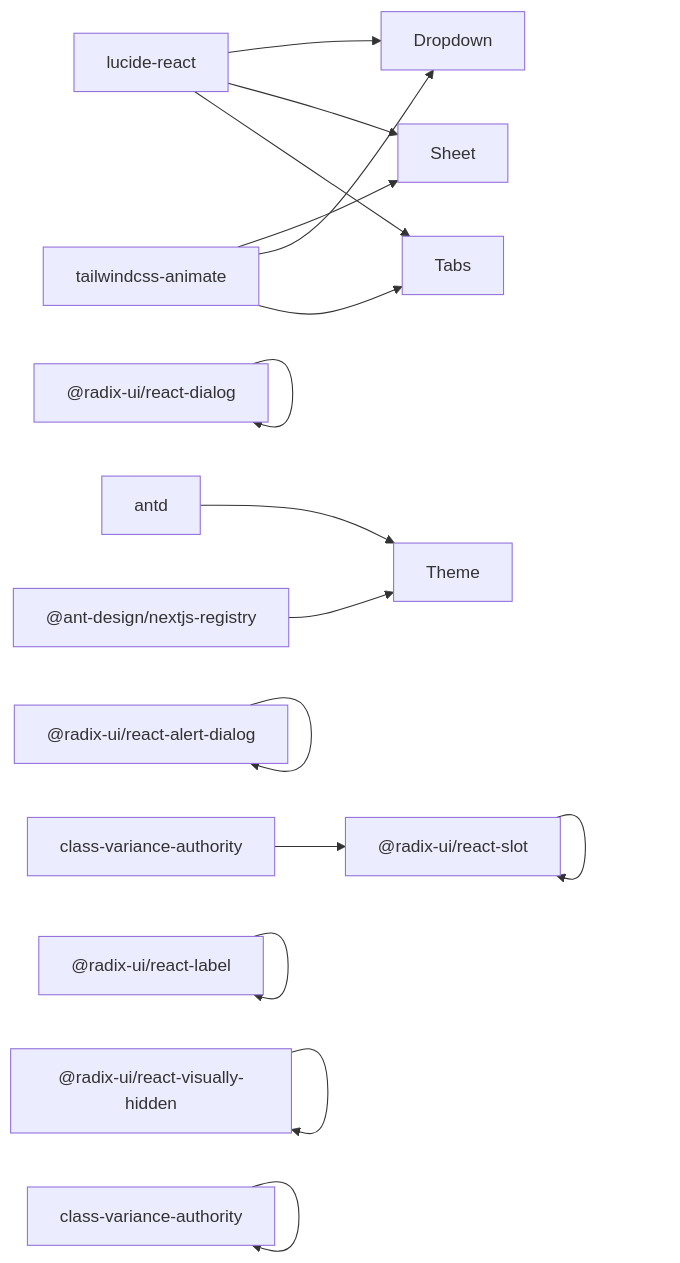
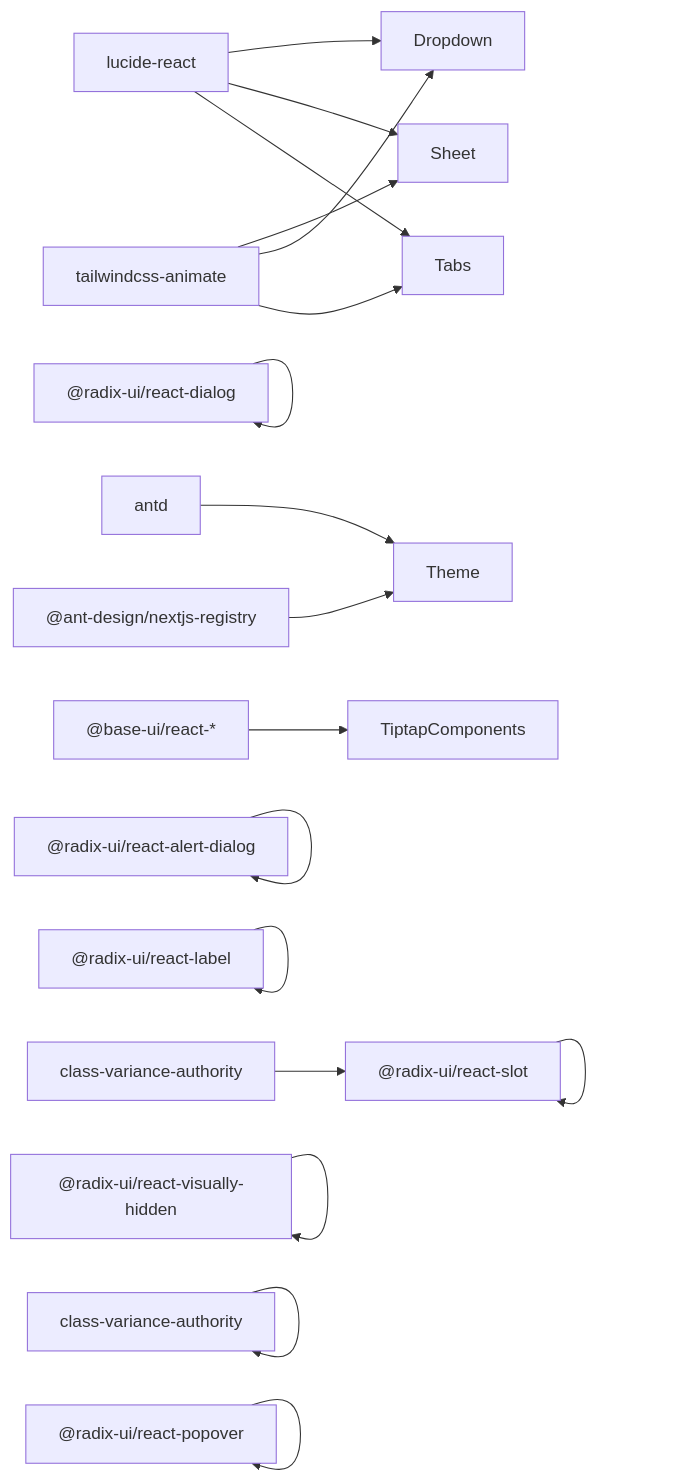
Before and after one commit to KunLabAI/KunFlix: the fifth of 5 diagrams in .qoder/repowiki/zh/content/前端开发指南/UI 组件设计.md, drawn with Mermaid. The commit also changed other lines of this file and 14 other files, not shown here.

````diff
--- a/.qoder/repowiki/zh/content/前端开发指南/UI 组件设计.md
+++ b/.qoder/repowiki/zh/content/前端开发指南/UI 组件设计.md
@@ -532,18 +680,20 @@
 ```mermaid
 graph LR
 Button["@radix-ui/react-slot"] --> Button
 Variants["class-variance-authority"] --> Button
 Lucide["lucide-react"] --> Dropdown
 Lucide --> Sheet
 Lucide --> Tabs
 Animate["tailwindcss-animate"] --> Sheet
 Animate --> Dropdown
 Animate --> Tabs
 Dialog["@radix-ui/react-dialog"] --> Dialog
 AlertDialog["@radix-ui/react-alert-dialog"] --> AlertDialog
 Form["@radix-ui/react-label"] --> Form
 Table["@radix-ui/react-visually-hidden"] --> Table
 Badge["class-variance-authority"] --> Badge
 Antd["antd"] --> Theme
 Registry["@ant-design/nextjs-registry"] --> Theme
+BaseUI["@base-ui/react-*"] --> TiptapComponents
+Popover["@radix-ui/react-popover"] --> Popover
 ```
````
